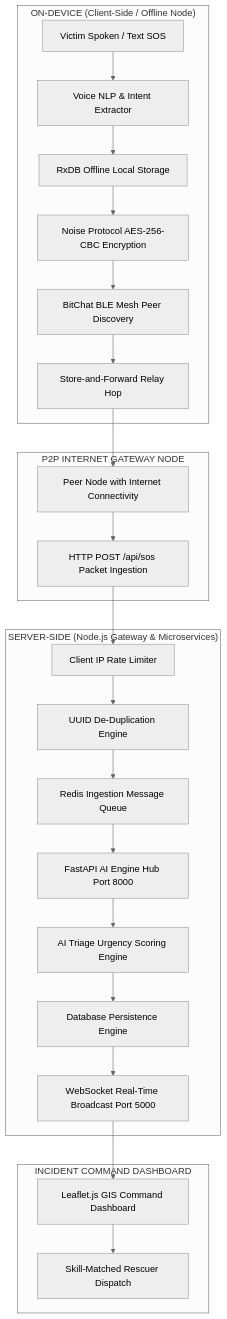
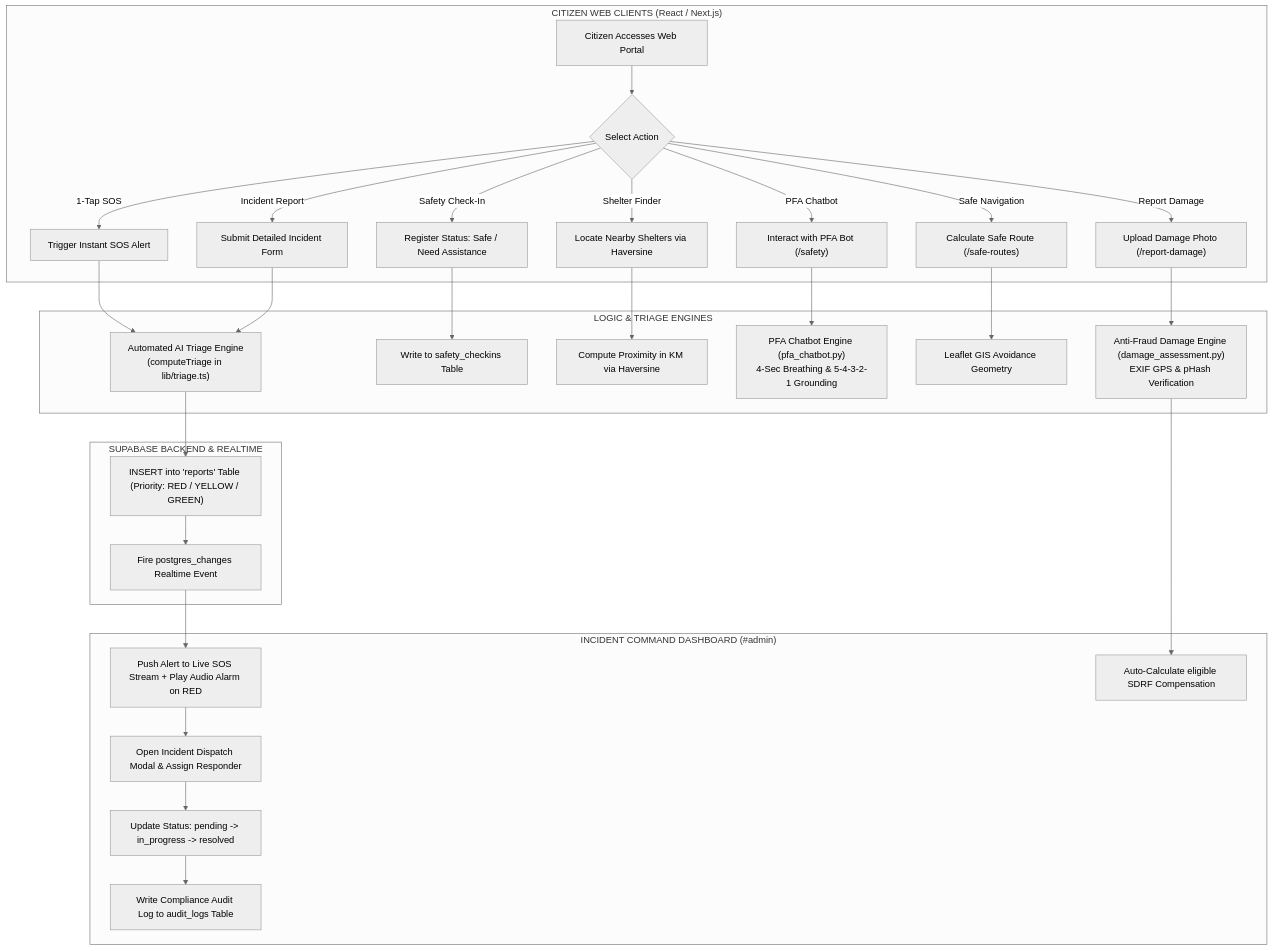
One commit to MrinallSamal-byte/SIH changed the first of 7 diagrams in flow.md. Above: the diagram before and after it, drawn with Mermaid (neutral theme). The commit also changed other lines of this file and 680 other files, not shown here.

Commit message:
feat: initialize React 19 web frontend with core routing and navigation, and scaffold FastAPI AI engine components.

````diff
--- a/flow.md
+++ b/flow.md
@@ -11,30 +9,35 @@
 ```mermaid
 flowchart TD
-    subgraph OnDevice["ON-DEVICE (Client-Side / Offline Node)"]
-        A1["Victim Spoken / Text SOS"] --> A2["Voice NLP & Intent Extractor"]
-        A2 --> A3["RxDB Offline Local Storage"]
-        A3 --> A4["Noise Protocol AES-256-CBC Encryption"]
-        A4 --> A5["BitChat BLE Mesh Peer Discovery"]
-        A5 --> A6["Store-and-Forward Relay Hop"]
+    subgraph CitizenClient["CITIZEN WEB CLIENTS (React / Next.js)"]
+        A1["Citizen Accesses Web Portal"] --> A2{"Select Action"}
+        A2 -->|"1-Tap SOS"| A3["Trigger Instant SOS Alert"]
+        A2 -->|"Incident Report"| A4["Submit Detailed Incident Form"]
+        A2 -->|"Safety Check-In"| A5["Register Status: Safe / Need Assistance"]
+        A2 -->|"Shelter Finder"| A6["Locate Nearby Shelters via Haversine"]
+        A2 -->|"PFA Chatbot"| A7["Interact with PFA Bot (/safety)"]
+        A2 -->|"Safe Navigation"| A8["Calculate Safe Route (/safe-routes)"]
+        A2 -->|"Report Damage"| A9["Upload Damage Photo (/report-damage)"]
     end
 
-    subgraph InternetBridge["P2P INTERNET GATEWAY NODE"]
-        A6 --> B1["Peer Node with Internet Connectivity"]
-        B1 --> B2["HTTP POST /api/sos Packet Ingestion"]
+    subgraph LogicLayer["LOGIC & TRIAGE ENGINES"]
+        A3 & A4 --> B1["Automated AI Triage Engine\n(computeTriage in lib/triage.ts)"]
+        A5 --> B2["Write to safety_checkins Table"]
+        A6 --> B3["Compute Proximity in KM via Haversine"]
+        A7 --> B4["PFA Chatbot Engine (pfa_chatbot.py)\n4-Sec Breathing & 5-4-3-2-1 Grounding"]
+        A8 --> B5["Leaflet GIS Avoidance Geometry"]
+        A9 --> B6["Anti-Fraud Damage Engine (damage_assessment.py)\nEXIF GPS & pHash Verification"]
     end
 
-    subgraph ServerSide["SERVER-SIDE (Node.js Gateway & Microservices)"]
-        B2 --> C1["Client IP Rate Limiter"]
-        C1 --> C2["UUID De-Duplication Engine"]
-        C2 --> C3["Redis Ingestion Message Queue"]
-        C3 --> C4["FastAPI AI Engine Hub Port 8000"]
-        C4 --> C5["AI Triage Urgency Scoring Engine"]
-        C5 --> C6["Database Persistence Engine"]
-        C6 --> C7["WebSocket Real-Time Broadcast Port 5000"]
+    subgraph SupabaseTier["SUPABASE BACKEND & REALTIME"]
+        B1 --> C1["INSERT into 'reports' Table (Priority: RED / YELLOW / GREEN)"]
+        C1 --> C2["Fire postgres_changes Realtime Event"]
     end
 
-    subgraph CommandCenter["INCIDENT COMMAND DASHBOARD"]
-        C7 --> D1["Leaflet.js GIS Command Dashboard"]
-        D1 --> D2["Skill-Matched Rescuer Dispatch"]
+    subgraph CommandCenter["INCIDENT COMMAND DASHBOARD (#admin)"]
+        C2 --> D1["Push Alert to Live SOS Stream + Play Audio Alarm on RED"]
+        D1 --> D2["Open Incident Dispatch Modal & Assign Responder"]
+        D2 --> D3["Update Status: pending -> in_progress -> resolved"]
+        D3 --> D4["Write Compliance Audit Log to audit_logs Table"]
+        B6 --> D5["Auto-Calculate eligible SDRF Compensation"]
     end
 ```
````
